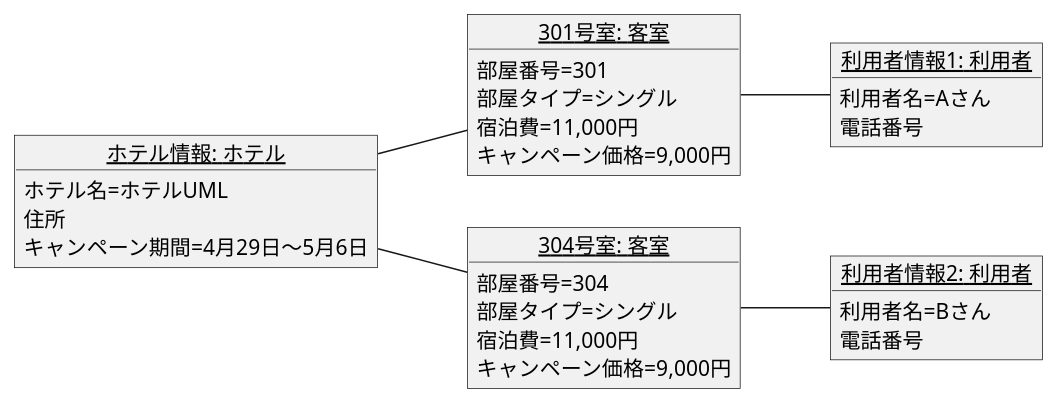
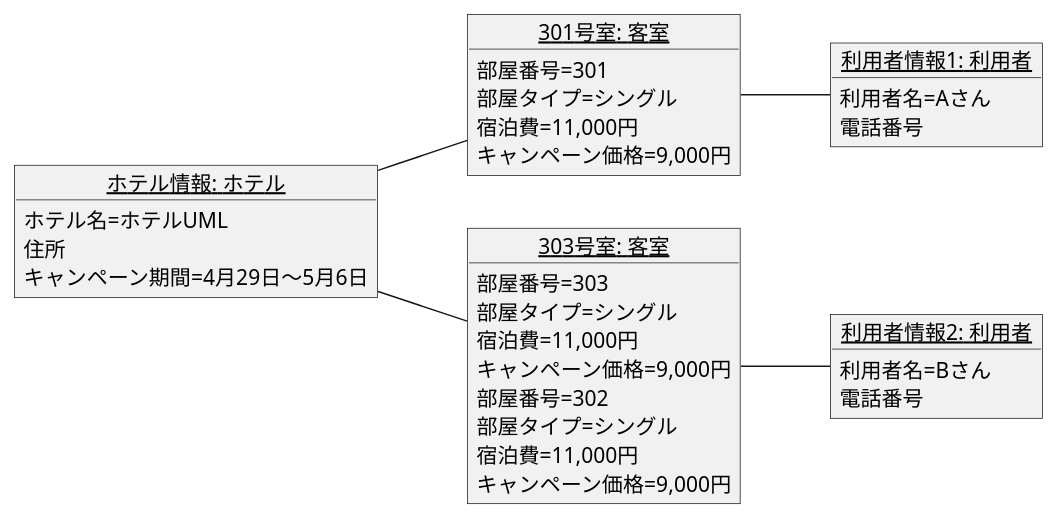
The diagram in 演習3-5_OBJ_ホテル宿泊予約.pu (Ragamn/uml-introduction), drawn with PlantUML before and after one commit.

Commit message:
修正

```diff
--- a/演習3-5_OBJ_ホテル宿泊予約.pu
+++ b/演習3-5_OBJ_ホテル宿泊予約.pu
@@ -1,32 +1,38 @@
 @startuml
 left to right direction
 object "<u>ホテル情報: ホテル</u>" as h{
     ホテル名=ホテルUML
     住所
     キャンペーン期間=4月29日～5月6日
 }
 object "<u>301号室: 客室</u>" as r1{
     部屋番号=301
     部屋タイプ=シングル
     宿泊費=11,000円
     キャンペーン価格=9,000円
 }
 object "<u>利用者情報1: 利用者</u>" as u1{
     利用者名=Aさん
     電話番号
 }
 object "<u>利用者情報2: 利用者</u>" as u2{
     利用者名=Bさん
     電話番号
 }
-object "<u>304号室: 客室</u>" as r2{
-    部屋番号=304
+object "<u>303号室: 客室</u>" as r2{
+    部屋番号=303
+    部屋タイプ=シングル
+    宿泊費=11,000円
+    キャンペーン価格=9,000円
+}
+object "<u>302号室: 客室</u>" as r2{
+    部屋番号=302
     部屋タイプ=シングル
     宿泊費=11,000円
     キャンペーン価格=9,000円
 }
 h -- r1
 h -- r2
 r1 -- u1
 r2 -- u2
 @enduml
```
